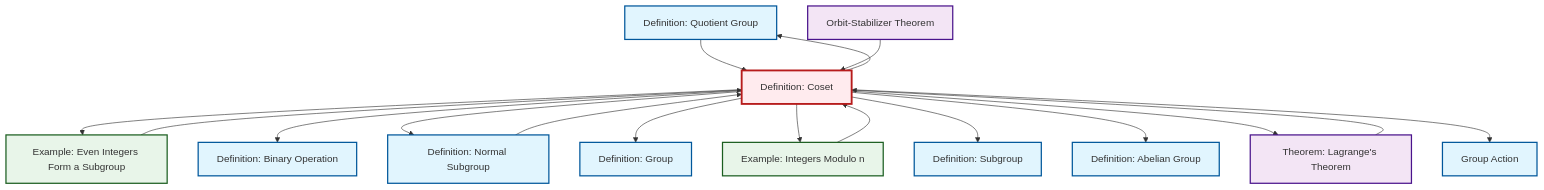
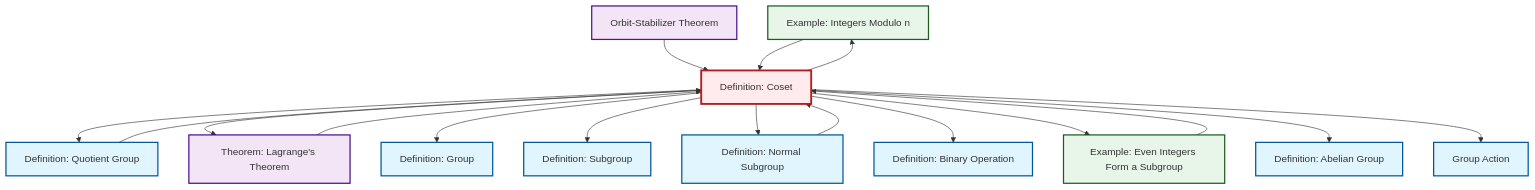
The diagram in content/ja/algebra/def-coset.qmd (RK0429/ModernMath), drawn with Mermaid before and after one commit. The commit also changed other lines of this file and 36 other files, not shown here.

````diff
--- a/content/ja/algebra/def-coset.qmd
+++ b/content/ja/algebra/def-coset.qmd
@@ -161,49 +162,49 @@
 ```{mermaid}
 %%| fig-cap: "Local dependency graph"
 graph TD
     classDef definition fill:#e1f5fe,stroke:#01579b,stroke-width:2px
     classDef theorem fill:#f3e5f5,stroke:#4a148c,stroke-width:2px
     classDef axiom fill:#fff3e0,stroke:#e65100,stroke-width:2px
     classDef example fill:#e8f5e9,stroke:#1b5e20,stroke-width:2px
     classDef current fill:#ffebee,stroke:#b71c1c,stroke-width:3px
+    ex-quotient-integers-mod-n["Example: Integers Modulo n"]:::example
+    def-group["Definition: Group"]:::definition
+    def-coset["Definition: Coset"]:::definition
+    thm-lagrange["Theorem: Lagrange's Theorem"]:::theorem
     def-quotient-group["Definition: Quotient Group"]:::definition
-    def-group-action["Group Action"]:::definition
+    def-binary-operation["Definition: Binary Operation"]:::definition
+    def-subgroup["Definition: Subgroup"]:::definition
+    thm-orbit-stabilizer["Orbit-Stabilizer Theorem"]:::theorem
     ex-even-integers-subgroup["Example: Even Integers Form a Subgroup"]:::example
     def-abelian-group["Definition: Abelian Group"]:::definition
-    def-subgroup["Definition: Subgroup"]:::definition
-    ex-quotient-integers-mod-n["Example: Integers Modulo n"]:::example
-    def-group["Definition: Group"]:::definition
-    def-binary-operation["Definition: Binary Operation"]:::definition
+    def-group-action["Group Action"]:::definition
     def-normal-subgroup["Definition: Normal Subgroup"]:::definition
-    thm-orbit-stabilizer["Orbit-Stabilizer Theorem"]:::theorem
-    def-coset["Definition: Coset"]:::definition
-    thm-lagrange["Theorem: Lagrange's Theorem"]:::theorem
+    def-coset --> def-quotient-group
     ex-even-integers-subgroup --> def-coset
+    def-coset --> thm-lagrange
+    def-coset --> def-group
+    def-coset --> def-subgroup
+    thm-orbit-stabilizer --> def-coset
+    def-quotient-group --> def-coset
+    def-coset --> def-normal-subgroup
+    ex-quotient-integers-mod-n --> def-coset
+    def-normal-subgroup --> def-coset
+    def-coset --> def-binary-operation
     def-coset --> ex-even-integers-subgroup
-    def-coset --> def-binary-operation
-    def-coset --> def-normal-subgroup
-    def-coset --> def-quotient-group
-    def-coset --> def-group
+    thm-lagrange --> def-coset
+    def-coset --> def-abelian-group
     def-coset --> ex-quotient-integers-mod-n
-    def-coset --> def-subgroup
-    def-coset --> def-abelian-group
-    thm-lagrange --> def-coset
-    def-coset --> thm-lagrange
-    ex-quotient-integers-mod-n --> def-coset
-    def-quotient-group --> def-coset
-    def-normal-subgroup --> def-coset
-    thm-orbit-stabilizer --> def-coset
     def-coset --> def-group-action
     class def-coset current
+    click ex-quotient-integers-mod-n "ex-quotient-integers-mod-n.html" "Example: Integers Modulo nへ"
+    click def-group "def-group.html" "Definition: Groupへ"
+    click thm-lagrange "thm-lagrange.html" "Theorem: Lagrange's Theoremへ"
     click def-quotient-group "def-quotient-group.html" "Definition: Quotient Groupへ"
-    click def-group-action "def-group-action.html" "Group Actionへ"
+    click def-binary-operation "def-binary-operation.html" "Definition: Binary Operationへ"
+    click def-subgroup "def-subgroup.html" "Definition: Subgroupへ"
+    click thm-orbit-stabilizer "thm-orbit-stabilizer.html" "Orbit-Stabilizer Theoremへ"
     click ex-even-integers-subgroup "ex-even-integers-subgroup.html" "Example: Even Integers Form a Subgroupへ"
     click def-abelian-group "def-abelian-group.html" "Definition: Abelian Groupへ"
-    click def-subgroup "def-subgroup.html" "Definition: Subgroupへ"
-    click ex-quotient-integers-mod-n "ex-quotient-integers-mod-n.html" "Example: Integers Modulo nへ"
-    click def-group "def-group.html" "Definition: Groupへ"
-    click def-binary-operation "def-binary-operation.html" "Definition: Binary Operationへ"
+    click def-group-action "def-group-action.html" "Group Actionへ"
     click def-normal-subgroup "def-normal-subgroup.html" "Definition: Normal Subgroupへ"
-    click thm-orbit-stabilizer "thm-orbit-stabilizer.html" "Orbit-Stabilizer Theoremへ"
-    click thm-lagrange "thm-lagrange.html" "Theorem: Lagrange's Theoremへ"
 ```
````
